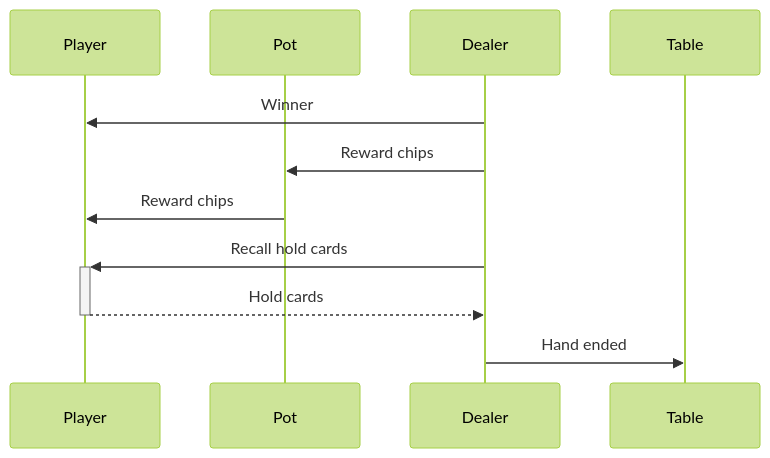
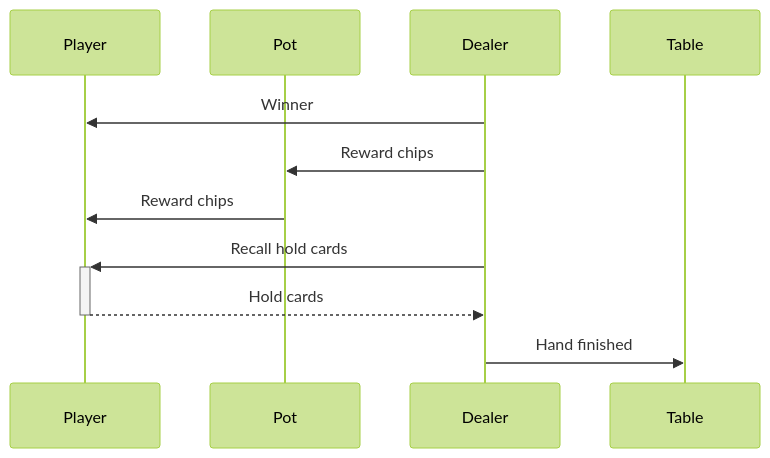
One commit to ethan605/goker changed the diagram in docs/mermaids/winner_flow.mmd. Above: the diagram before and after it, drawn with Mermaid (forest theme). The commit also changed 5 other files, not shown here.

Commit message:
Update diagrams

```diff
--- a/docs/mermaids/winner_flow.mmd
+++ b/docs/mermaids/winner_flow.mmd
@@ -1,12 +1,12 @@
 sequenceDiagram
     participant Player
     participant Pot
     participant Dealer
     participant Table
 
     Dealer->>Player: Winner
     Dealer->>Pot: Reward chips
     Pot->>Player: Reward chips
     Dealer->>+Player: Recall hold cards
     Player-->>-Dealer: Hold cards
-    Dealer->>Table: Hand ended
+    Dealer->>Table: Hand finished
```
